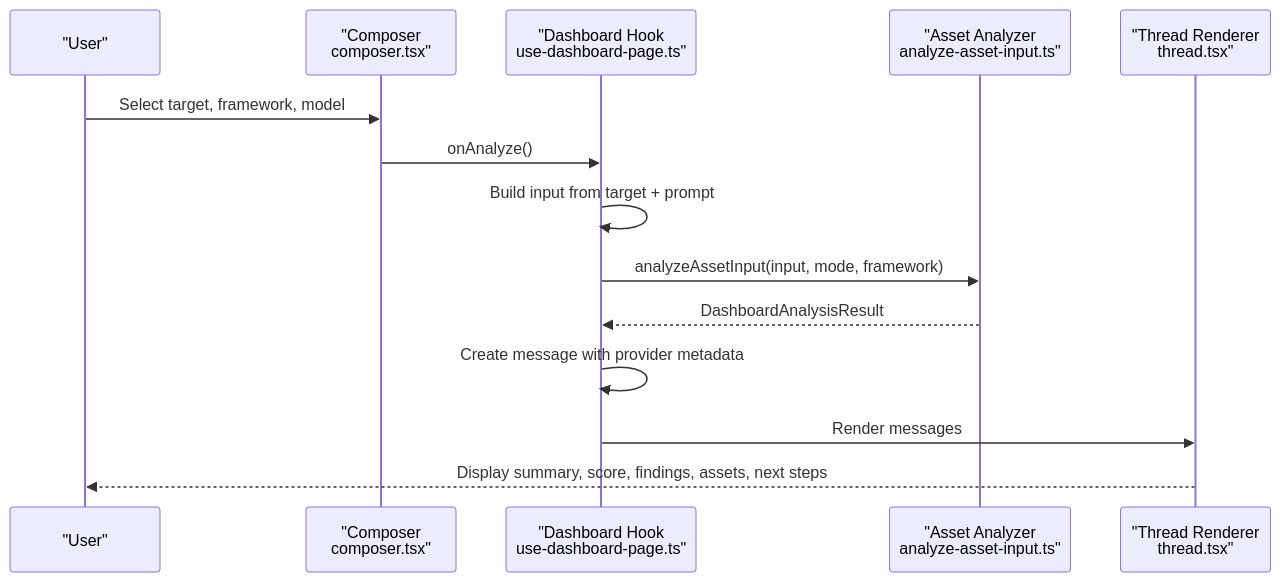
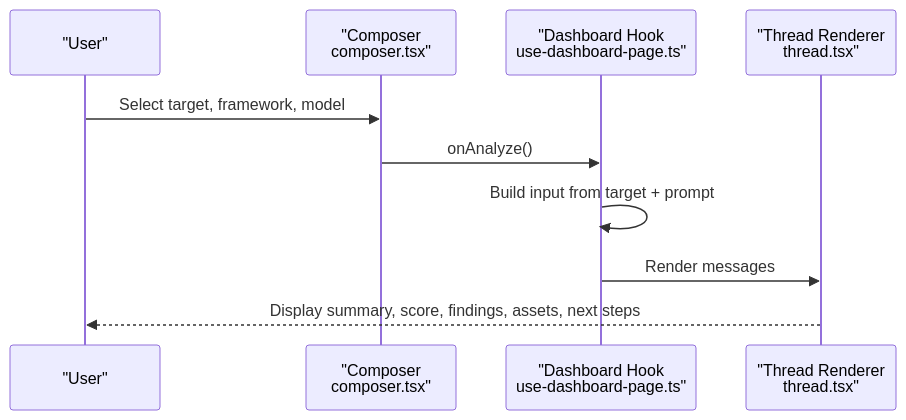
The fourth of 8 diagrams in .qoder/repowiki/en/content/AI Integration/AI Assistant System.md (arhamymr/hexbuffer), drawn with Mermaid before and after one commit. The commit also changed other lines of this file and 21 other files, not shown here.

````diff
--- a/.qoder/repowiki/en/content/AI Integration/AI Assistant System.md
+++ b/.qoder/repowiki/en/content/AI Integration/AI Assistant System.md
@@ -199,16 +215,12 @@
 ```mermaid
 sequenceDiagram
 participant User as "User"
 participant Composer as "Composer<br/>composer.tsx"
 participant Hook as "Dashboard Hook<br/>use-dashboard-page.ts"
-participant Analyzer as "Asset Analyzer<br/>analyze-asset-input.ts"
 participant Thread as "Thread Renderer<br/>thread.tsx"
 User->>Composer : Select target, framework, model
 Composer->>Hook : onAnalyze()
 Hook->>Hook : Build input from target + prompt
-Hook->>Analyzer : analyzeAssetInput(input, mode, framework)
-Analyzer-->>Hook : DashboardAnalysisResult
-Hook->>Hook : Create message with provider metadata
 Hook->>Thread : Render messages
 Thread-->>User : Display summary, score, findings, assets, next steps
 ```
````
